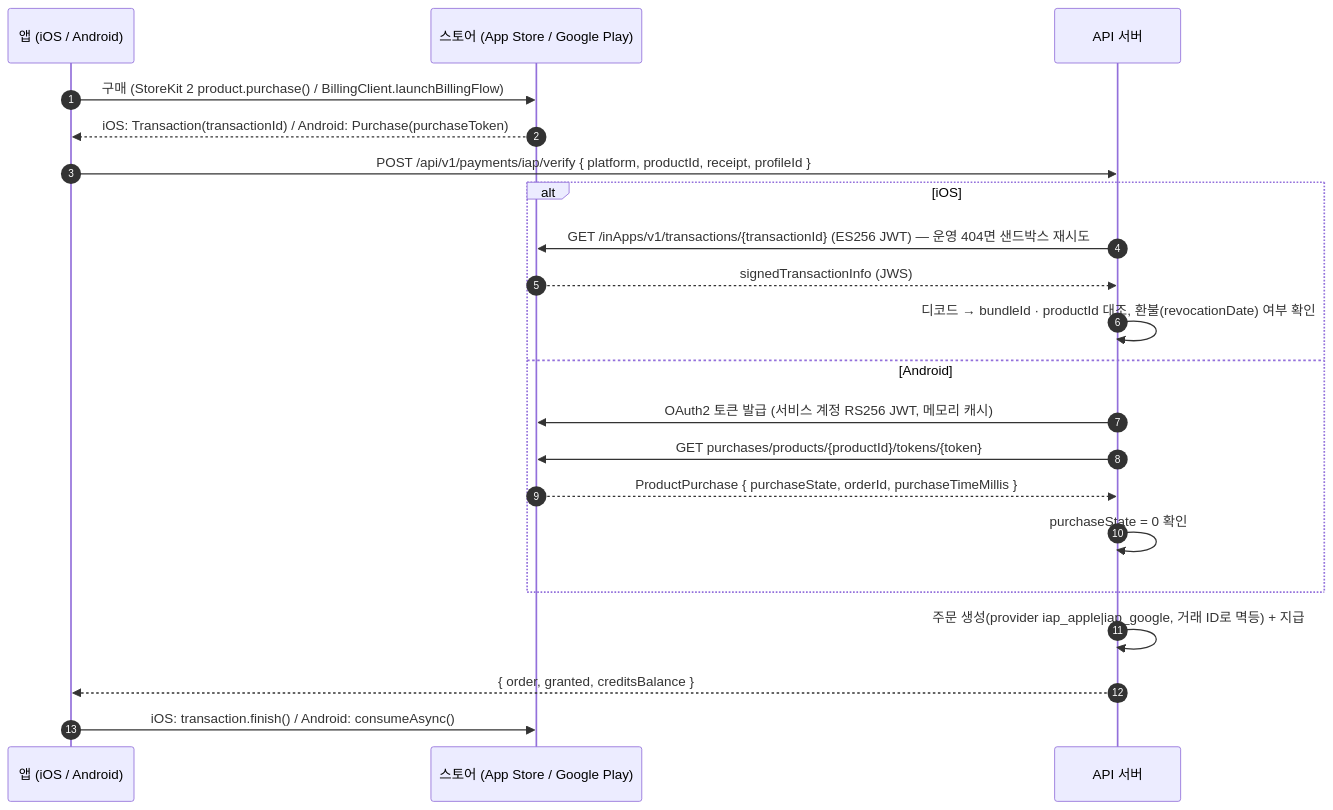
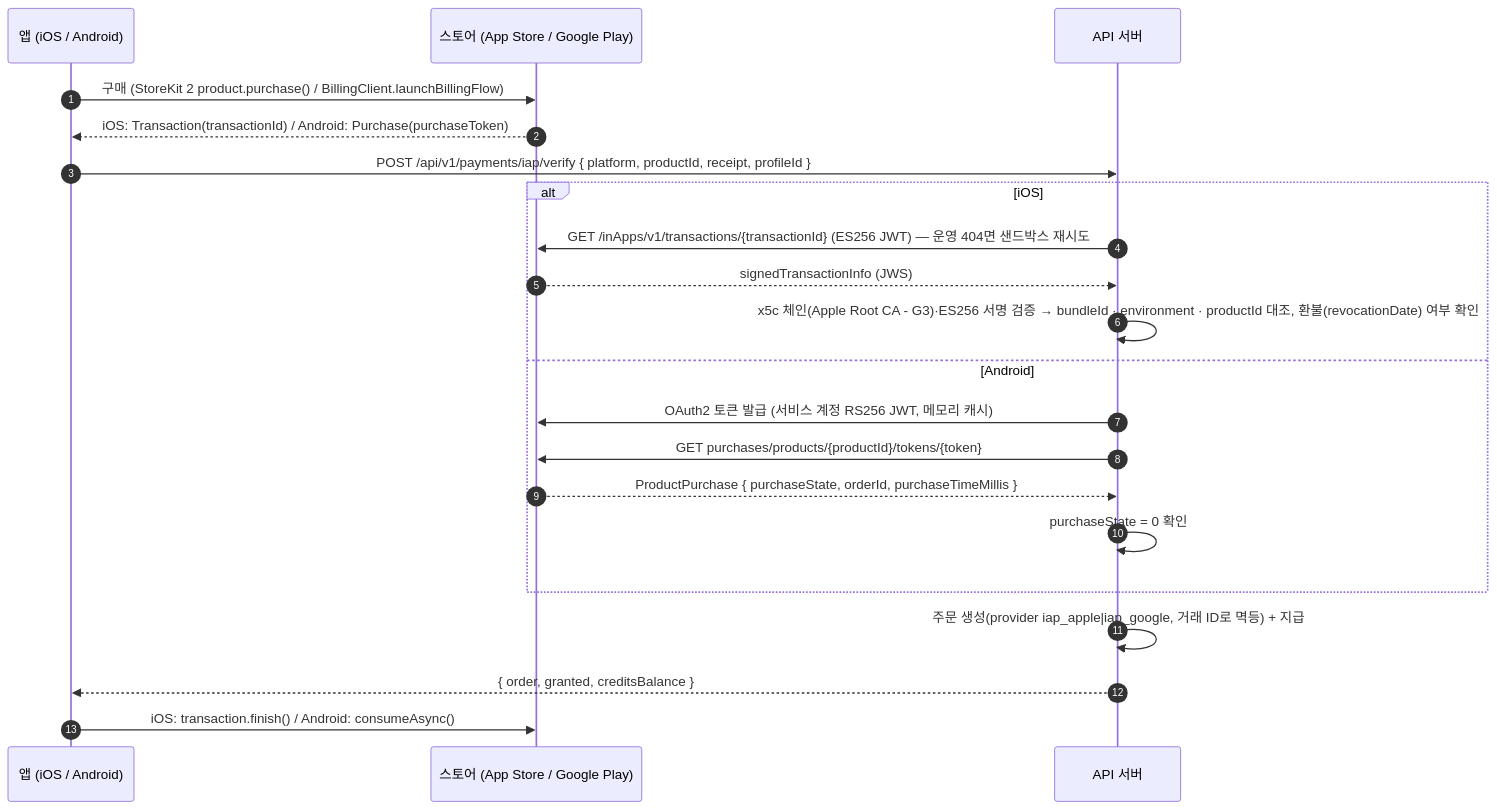
The third of 3 diagrams in docs/PAYMENTS.md (jhkim980225/saju), drawn with Mermaid before and after one commit. The commit also changed other lines of this file and 18 other files, not shown here.

````diff
--- a/docs/PAYMENTS.md
+++ b/docs/PAYMENTS.md
@@ -79,24 +82,24 @@
 ```mermaid
 sequenceDiagram
     autonumber
     participant App as 앱 (iOS / Android)
     participant S as 스토어 (App Store / Google Play)
     participant A as API 서버
 
     App->>S: 구매 (StoreKit 2 product.purchase() / BillingClient.launchBillingFlow)
     S-->>App: iOS: Transaction(transactionId) / Android: Purchase(purchaseToken)
     App->>A: POST /api/v1/payments/iap/verify { platform, productId, receipt, profileId }
     alt iOS
         A->>S: GET /inApps/v1/transactions/{transactionId} (ES256 JWT) — 운영 404면 샌드박스 재시도
         S-->>A: signedTransactionInfo (JWS)
-        A->>A: 디코드 → bundleId · productId 대조, 환불(revocationDate) 여부 확인
+        A->>A: x5c 체인(Apple Root CA - G3)·ES256 서명 검증 → bundleId · environment · productId 대조, 환불(revocationDate) 여부 확인
     else Android
         A->>S: OAuth2 토큰 발급 (서비스 계정 RS256 JWT, 메모리 캐시)
         A->>S: GET purchases/products/{productId}/tokens/{token}
         S-->>A: ProductPurchase { purchaseState, orderId, purchaseTimeMillis }
         A->>A: purchaseState = 0 확인
     end
     A->>A: 주문 생성(provider iap_apple|iap_google, 거래 ID로 멱등) + 지급
     A-->>App: { order, granted, creditsBalance }
     App->>S: iOS: transaction.finish() / Android: consumeAsync()
 ```
````
